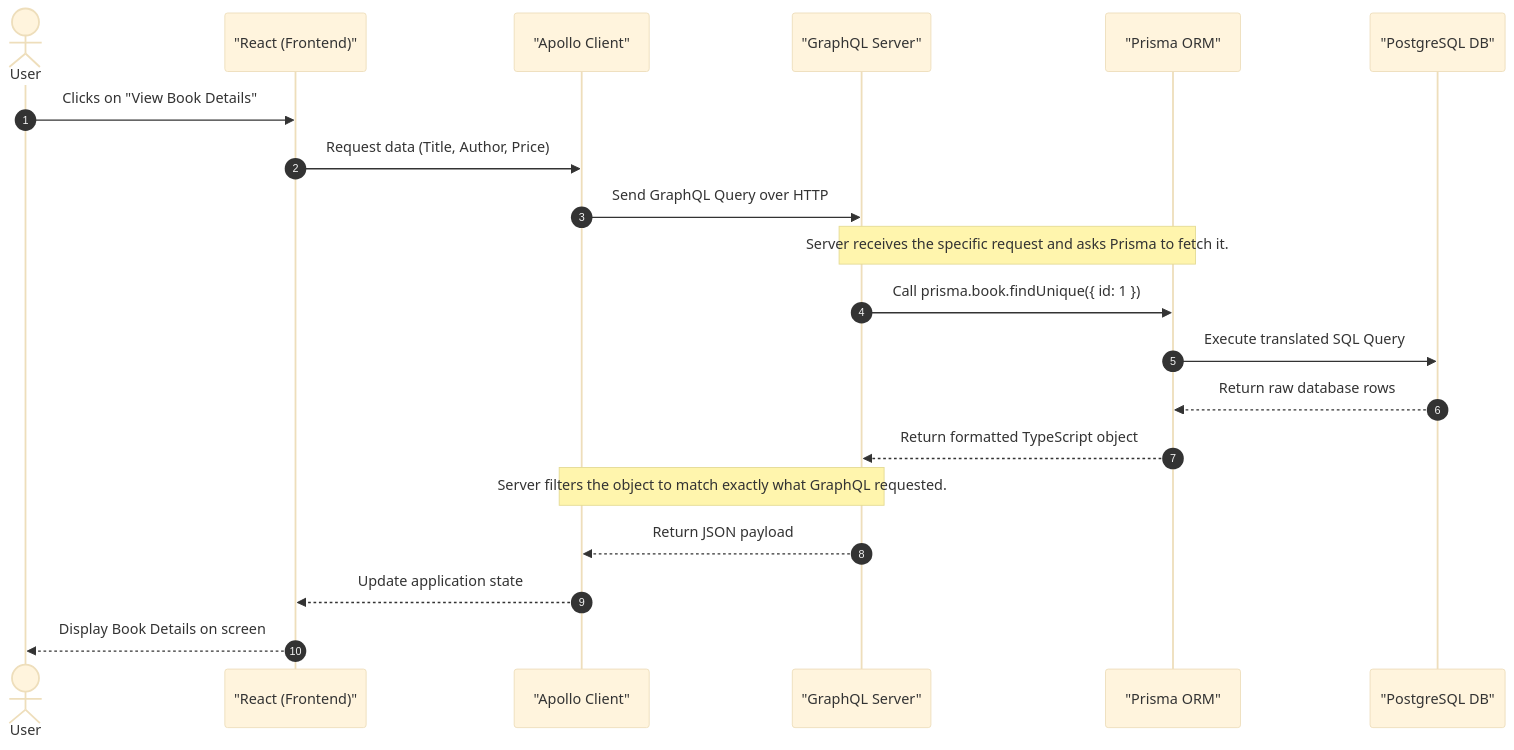
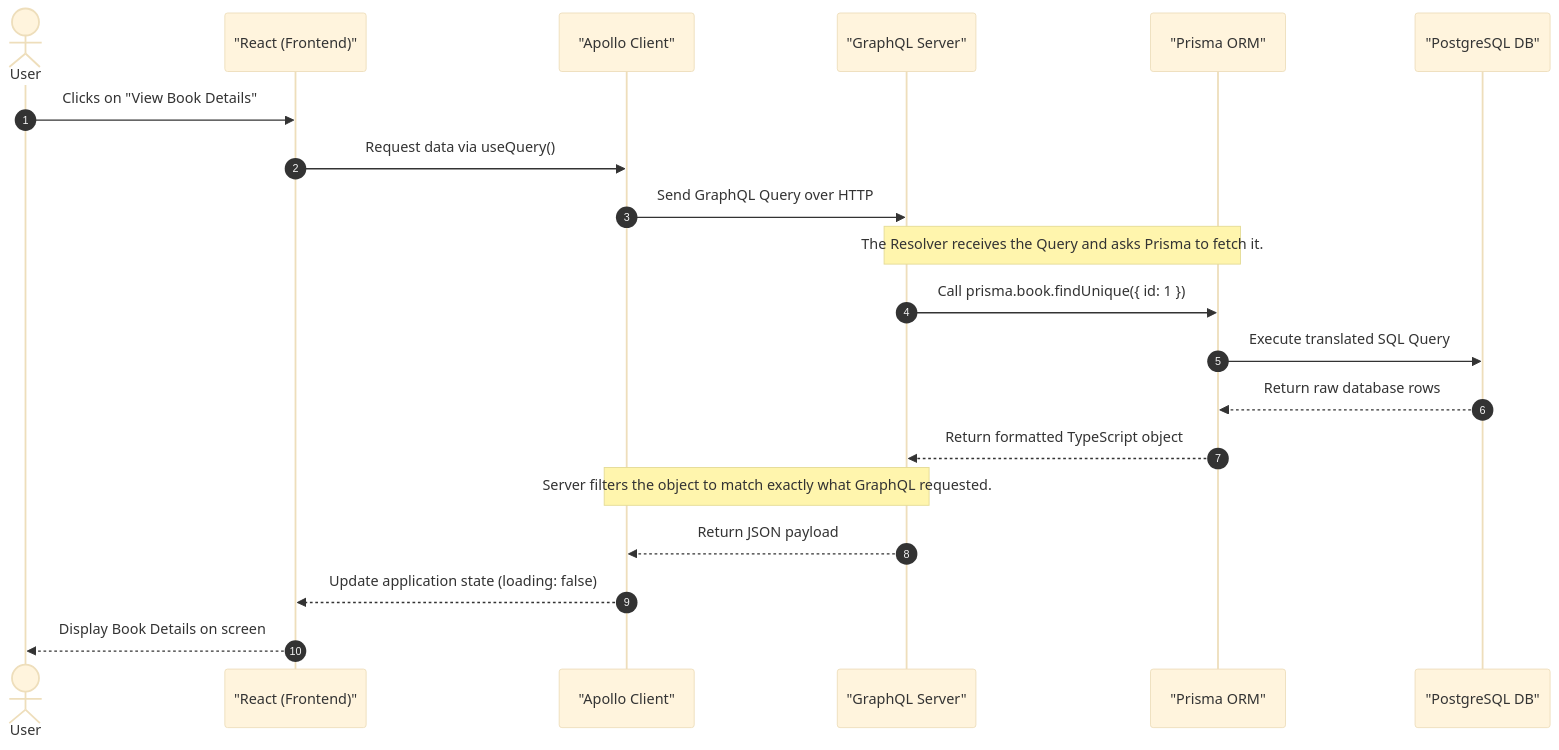
Before and after one commit to limbuamardeep/bookstore: the diagram in README.md, drawn with Mermaid (base theme). The commit also changed other lines of this file, not shown here.

````diff
--- a/README.md
+++ b/README.md
@@ -34,27 +60,27 @@
 ```mermaid
 sequenceDiagram
     autonumber
     actor User
     participant Frontend as "React (Frontend)"
     participant Apollo as "Apollo Client"
     participant Server as "GraphQL Server"
     participant Prisma as "Prisma ORM"
     participant DB as "PostgreSQL DB"
 
     User->>Frontend: Clicks on "View Book Details"
-    Frontend->>Apollo: Request data (Title, Author, Price)
+    Frontend->>Apollo: Request data via useQuery()
     Apollo->>Server: Send GraphQL Query over HTTP
     
-    Note over Server,Prisma: Server receives the specific request and asks Prisma to fetch it.
+    Note over Server,Prisma: The Resolver receives the Query and asks Prisma to fetch it.
     
     Server->>Prisma: Call prisma.book.findUnique({ id: 1 })
     Prisma->>DB: Execute translated SQL Query
     DB-->>Prisma: Return raw database rows
     Prisma-->>Server: Return formatted TypeScript object
     
     Note over Apollo,Server: Server filters the object to match exactly what GraphQL requested.
     
     Server-->>Apollo: Return JSON payload
-    Apollo-->>Frontend: Update application state
+    Apollo-->>Frontend: Update application state (loading: false)
     Frontend-->>User: Display Book Details on screen
 ```
````
